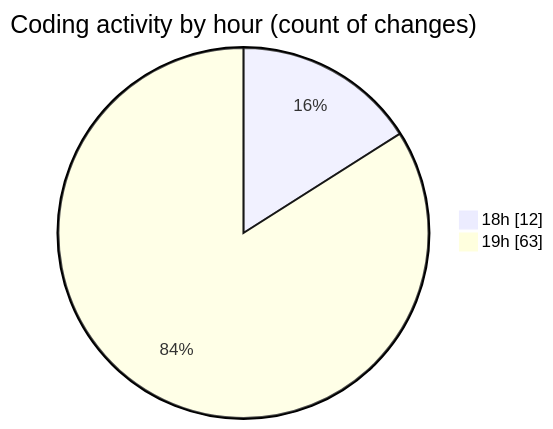
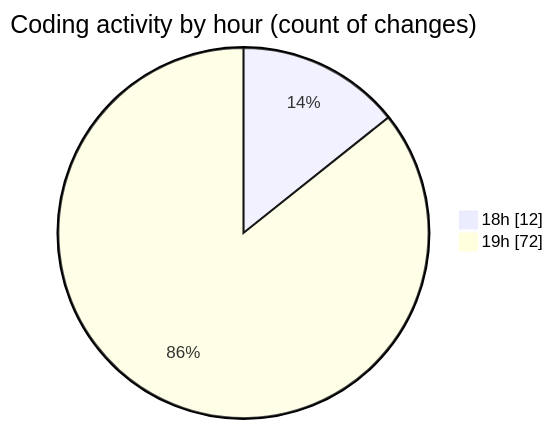
One commit to MatusMokan/code-tracking changed the second of 2 diagrams in 2025-03-14/myws__workspace_/README.md. Above: the diagram before and after it, drawn with Mermaid. The commit also changed other lines of this file and 1 other file, not shown here.

````diff
--- a/2025-03-14/myws__workspace_/README.md
+++ b/2025-03-14/myws__workspace_/README.md
@@ -30,6 +30,6 @@
 ```mermaid
 pie showData
 title Coding activity by hour (count of changes)
 "18h" : 12
-"19h" : 63
+"19h" : 72
 ```
````
